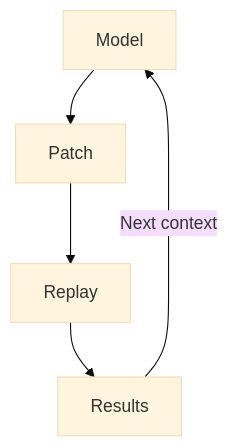
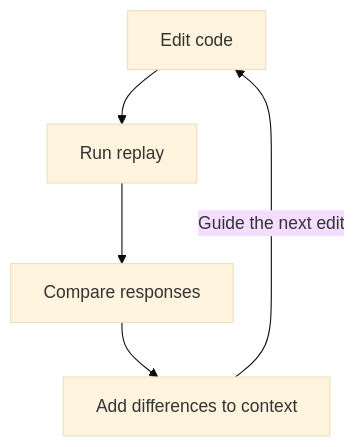
The third of 4 diagrams in AI-CONTEXT.md (speedscale/mock-lab), drawn with Mermaid (base theme) before and after one commit. The commit also changed other lines of this file, not shown here.

Commit message:
docs: clarify the execution feedback loop

````diff
--- a/AI-CONTEXT.md
+++ b/AI-CONTEXT.md
@@ -38,7 +38,7 @@
 ```mermaid
 flowchart TB
-    M["Model"] --> P["Patch"]
-    P --> R["Replay"]
-    R --> D["Results"]
-    D -->|Next context| M
+    E["Edit code"] --> R["Run replay"]
+    R --> C["Compare responses"]
+    C --> F["Add differences to context"]
+    F -->|Guide the next edit| E
 ```
````
